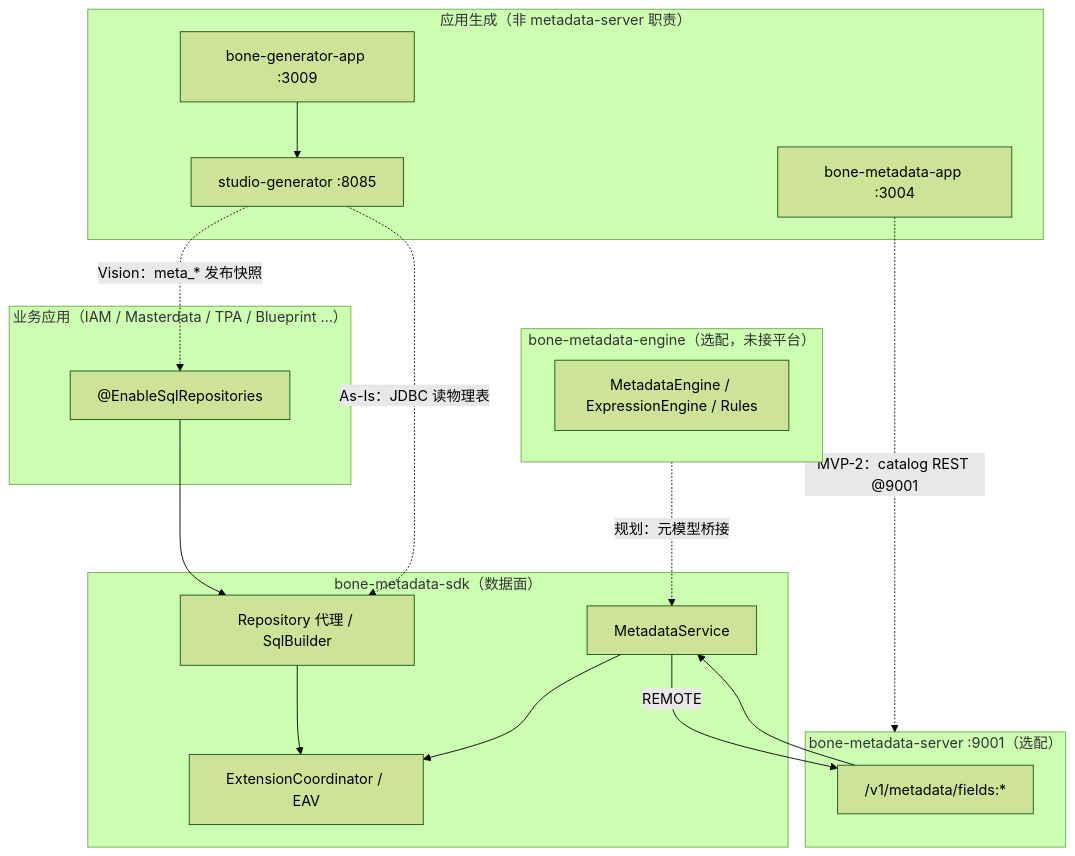
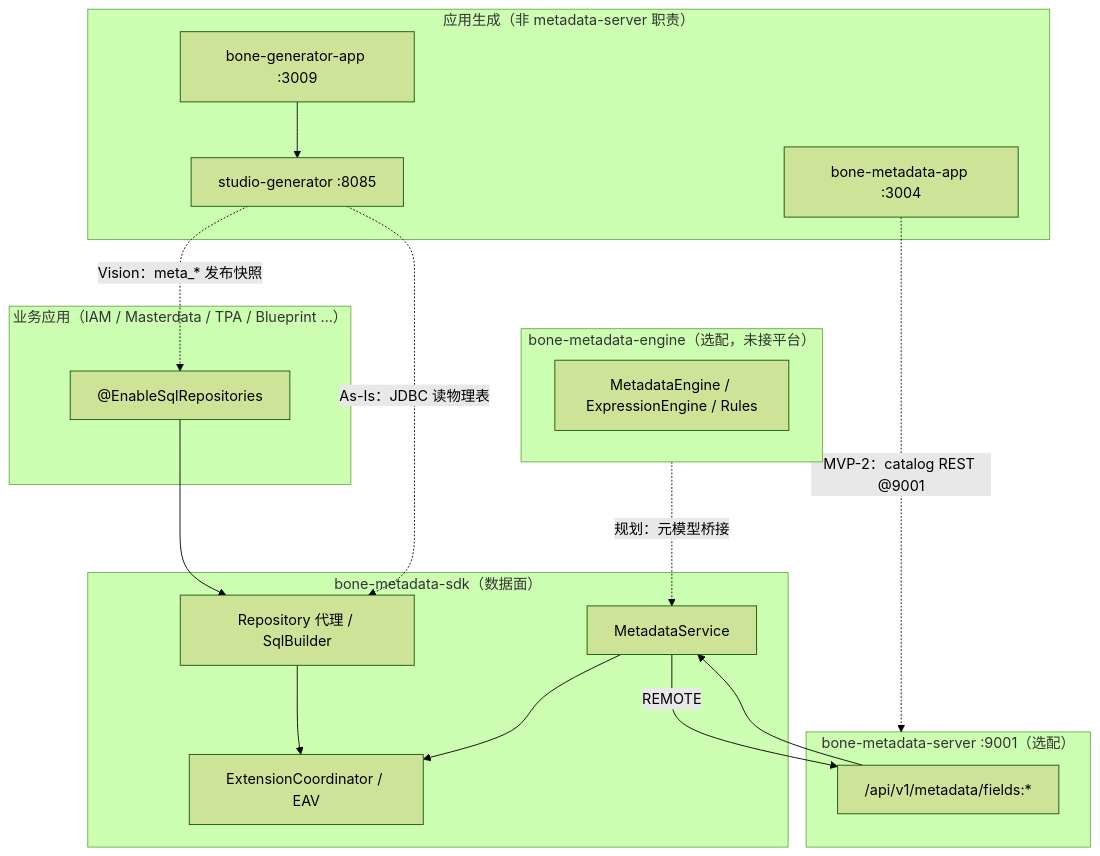
Before and after one commit to trenhui/bone: the diagram in doc/design/modules/元数据能力-实现映射与竞品对照.md, drawn with Mermaid (forest theme). The commit also changed other lines of this file and 460 other files, not shown here.

````diff
--- a/doc/design/modules/元数据能力-实现映射与竞品对照.md
+++ b/doc/design/modules/元数据能力-实现映射与竞品对照.md
@@ -91,38 +91,38 @@
 ```mermaid
 flowchart TB
   subgraph apps["业务应用（IAM / Masterdata / TPA / Blueprint …）"]
     APP["@EnableSqlRepositories"]
   end
 
   subgraph sdk["bone-metadata-sdk（数据面）"]
     REPO["Repository 代理 / SqlBuilder"]
     MS["MetadataService"]
     EAV["ExtensionCoordinator / EAV"]
   end
 
   subgraph srv["bone-metadata-server :9001（选配）"]
-    API["/v1/metadata/fields:*"]
+    API["/api/v1/metadata/fields:*"]
   end
 
   subgraph eng["bone-metadata-engine（选配，未接平台）"]
     ME["MetadataEngine / ExpressionEngine / Rules"]
   end
 
   subgraph other["应用生成（非 metadata-server 职责）"]
     GEN["studio-generator :8085"]
     GENUI["bone-generator-app :3009"]
     METAUI["bone-metadata-app :3004"]
   end
 
   APP --> REPO
   REPO --> EAV
   MS --> EAV
   MS -->|REMOTE| API
   API --> MS
 
   eng -.->|规划：元模型桥接| MS
   METAUI -.->|MVP-2：catalog REST @9001| srv
   GEN -.->|As-Is：JDBC 读物理表| REPO
   GEN -.->|Vision：meta_* 发布快照| APP
   GENUI --> GEN
 ```
````
